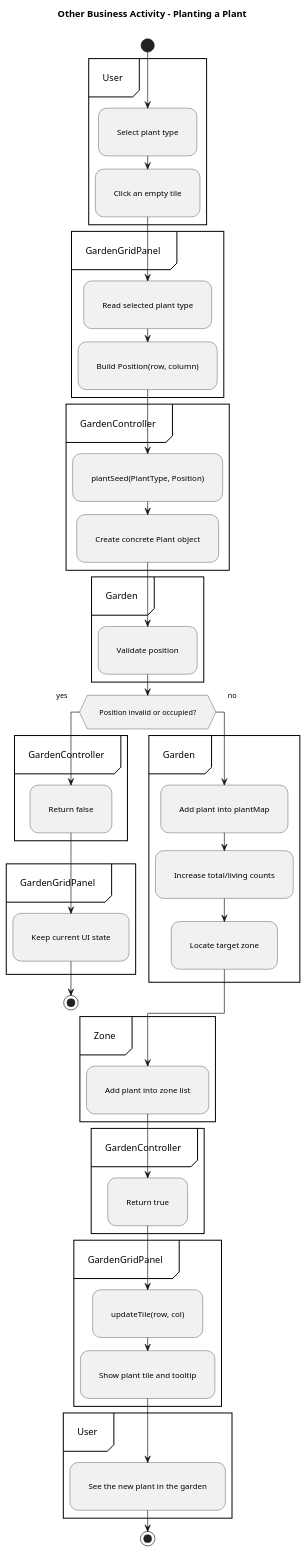
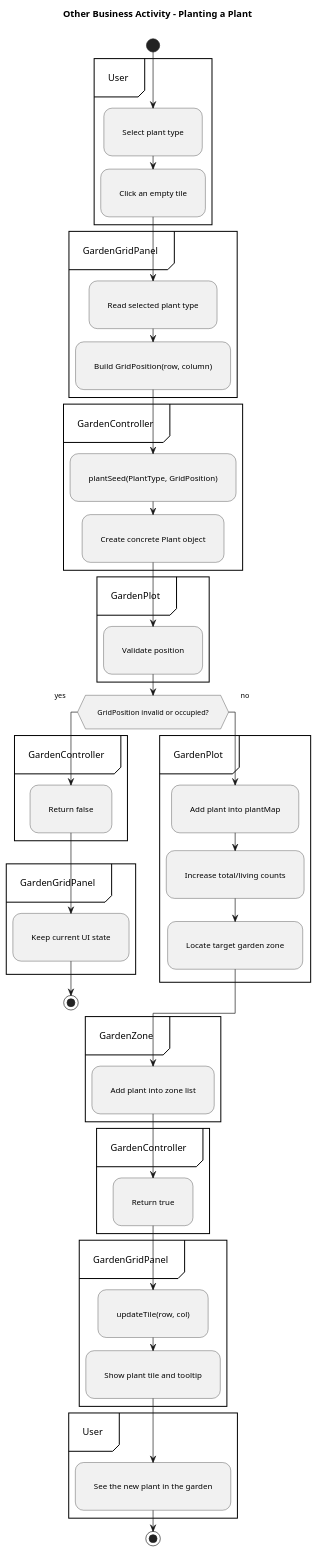
Before and after one commit to scientifios/computerizedgarden_csen275_group5: the diagram in docs_csen275_winter26/jjl/activity_other_business_planting.puml, drawn with PlantUML. The commit also changed 8 other files, not shown here.

Commit message:
diagram updated with refactor

```diff
--- a/docs_csen275_winter26/jjl/activity_other_business_planting.puml
+++ b/docs_csen275_winter26/jjl/activity_other_business_planting.puml
@@ -1,65 +1,65 @@
 @startuml Activity_OtherBusiness_Planting
 title Other Business Activity - Planting a Plant
 
 skinparam backgroundColor white
 skinparam shadowing false
 skinparam ranksep 110
 skinparam nodesep 80
 skinparam Padding 18
 skinparam ArrowThickness 1
 skinparam linetype ortho
 
 start
 partition "User" {
   :Select plant type;
   :Click an empty tile;
 }
 
 partition "GardenGridPanel" {
   :Read selected plant type;
-  :Build Position(row, column);
+  :Build GridPosition(row, column);
 }
 
 partition "GardenController" {
-  :plantSeed(PlantType, Position);
+  :plantSeed(PlantType, GridPosition);
   :Create concrete Plant object;
 }
 
-partition "Garden" {
+partition "GardenPlot" {
   :Validate position;
 }
 
-if (Position invalid or occupied?) then (yes)
+if (GridPosition invalid or occupied?) then (yes)
   partition "GardenController" {
     :Return false;
   }
   partition "GardenGridPanel" {
     :Keep current UI state;
   }
   stop
 else (no)
-  partition "Garden" {
+  partition "GardenPlot" {
     :Add plant into plantMap;
     :Increase total/living counts;
-    :Locate target zone;
+    :Locate target garden zone;
   }
 endif
 
-partition "Zone" {
+partition "GardenZone" {
   :Add plant into zone list;
 }
 
 partition "GardenController" {
   :Return true;
 }
 
 partition "GardenGridPanel" {
   :updateTile(row, col);
   :Show plant tile and tooltip;
 }
 
 partition "User" {
   :See the new plant in the garden;
 }
 stop
 @enduml
```
